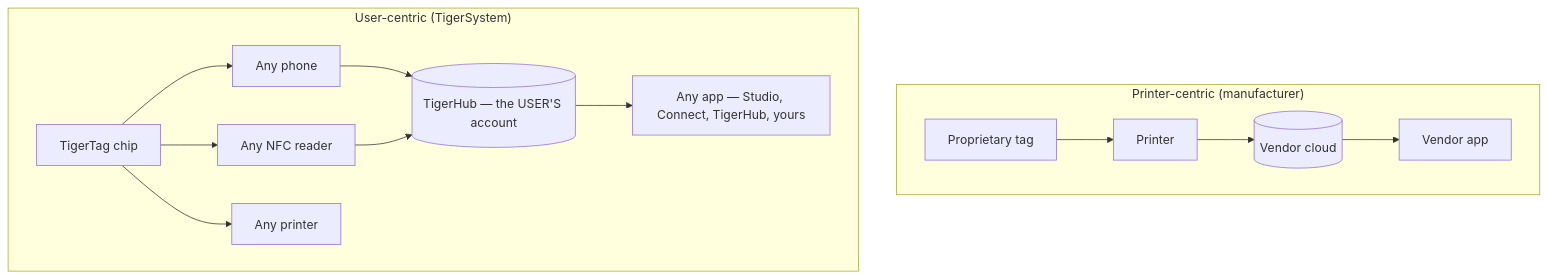
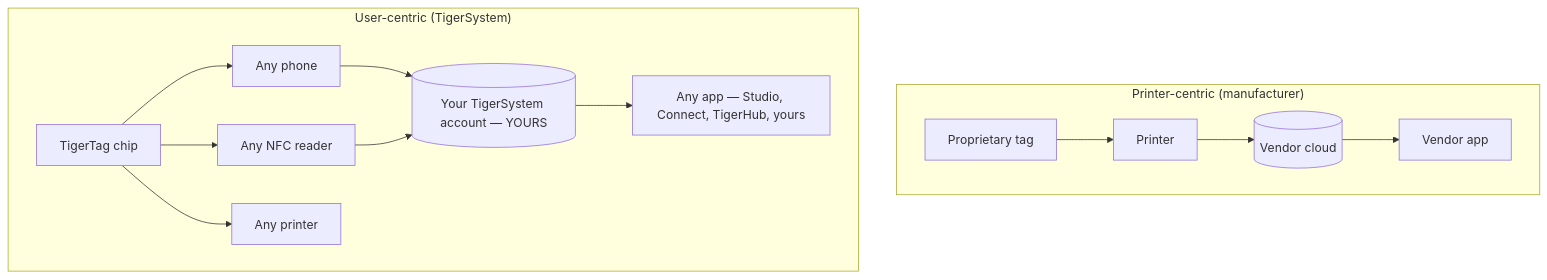
The diagram in docs/philosophy/user-centric-ecosystem.md (TigerTag-Project/TigerSystem-Docs), drawn with Mermaid before and after one commit. The commit also changed 22 other files, not shown here.

Commit message:
Correct the TigerHub definition: TigerHub is the tigersystem.io web platform (showcase + social sandbox); the backend is plain, unbranded Firebase

````diff
--- a/docs/philosophy/user-centric-ecosystem.md
+++ b/docs/philosophy/user-centric-ecosystem.md
@@ -5,15 +5,15 @@
 ```mermaid
 flowchart TB
     subgraph M["Printer-centric (manufacturer)"]
         MP[Printer] --> MC[(Vendor cloud)]
         MT[Proprietary tag] --> MP
         MC --> MA[Vendor app]
     end
     subgraph T["User-centric (TigerSystem)"]
         TT[TigerTag chip] --> PH[Any phone]
         TT --> RD[Any NFC reader]
         TT --> PR[Any printer]
-        PH & RD --> TC[("TigerHub — the USER'S account")]
+        PH & RD --> TC[("Your TigerSystem account — YOURS")]
         TC --> ANY["Any app — Studio, Connect, TigerHub, yours"]
     end
 ```
````
